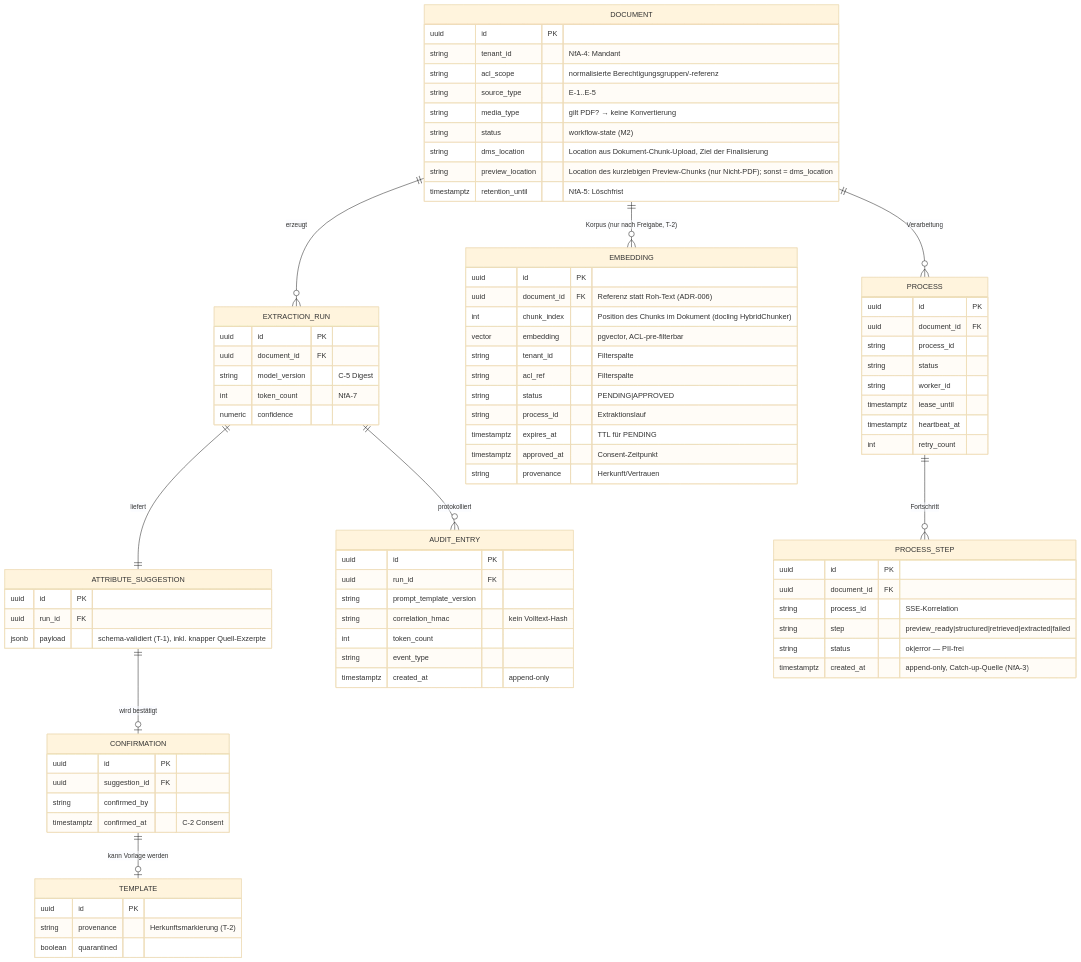
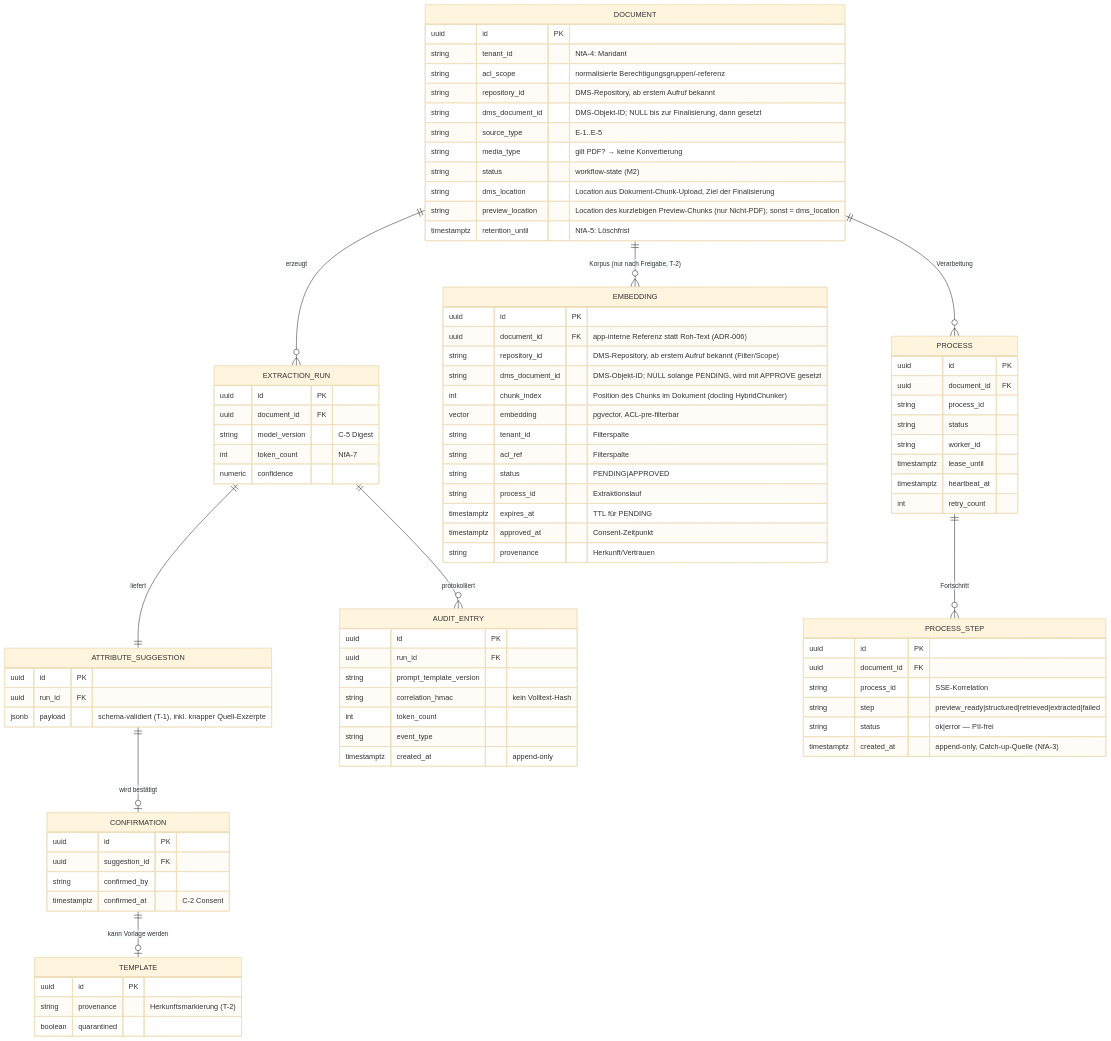
The seventh of 7 diagrams in doc/ARCHITECTURE.md (segjo/docextract), drawn with Mermaid (base theme) before and after one commit. The commit also changed other lines of this file and 1 other file, not shown here.

Commit message:
doc: enhance DMS-API documentation with detailed references for object definitions and metadata retrieval

```diff
--- a/doc/ARCHITECTURE.md
+++ b/doc/ARCHITECTURE.md
@@ -436,6 +439,8 @@
         uuid id PK
         string tenant_id "NfA-4: Mandant"
         string acl_scope "normalisierte Berechtigungsgruppen/-referenz"
+        string repository_id "DMS-Repository, ab erstem Aufruf bekannt"
+        string dms_document_id "DMS-Objekt-ID; NULL bis zur Finalisierung, dann gesetzt"
         string source_type "E-1..E-5"
         string media_type "gilt PDF? → keine Konvertierung"
         string status "workflow-state (M2)"
@@ -445,7 +450,9 @@
     }
     EMBEDDING {
         uuid id PK
-        uuid document_id FK "Referenz statt Roh-Text (ADR-006)"
+        uuid document_id FK "app-interne Referenz statt Roh-Text (ADR-006)"
+        string repository_id "DMS-Repository, ab erstem Aufruf bekannt (Filter/Scope)"
+        string dms_document_id "DMS-Objekt-ID; NULL solange PENDING, wird mit APPROVE gesetzt"
         int chunk_index "Position des Chunks im Dokument (docling HybridChunker)"
         vector embedding "pgvector, ACL-pre-filterbar"
         string tenant_id "Filterspalte"
```
